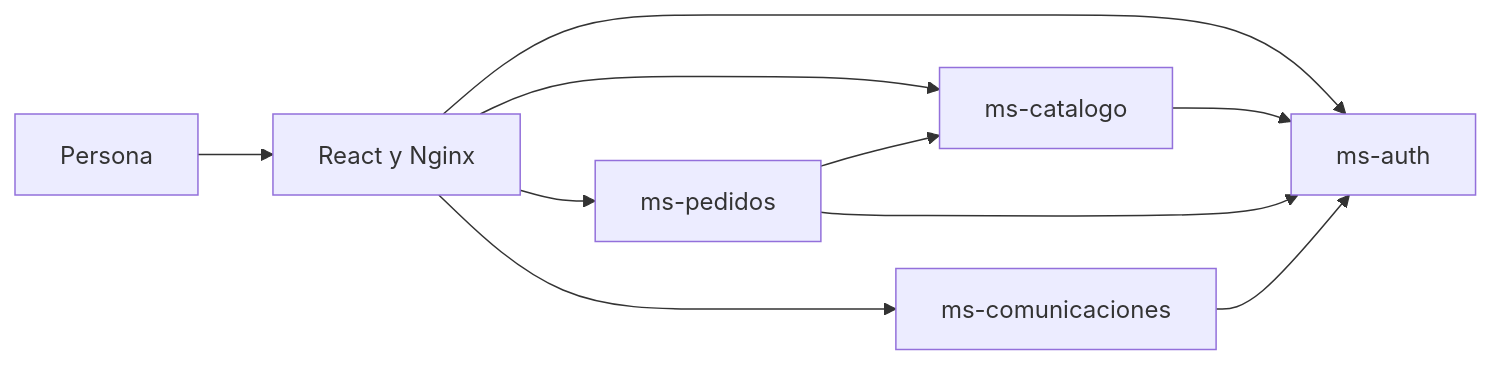
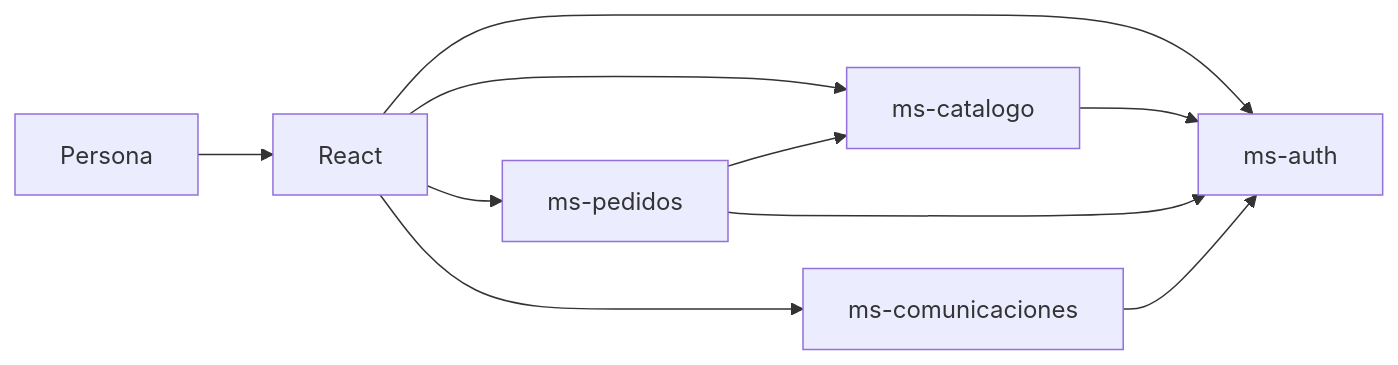
One commit to pablophdev/ja-joyeria changed the diagram in README.md. Above: the diagram before and after it, drawn with Mermaid. The commit also changed other lines of this file and 5 other files, not shown here.

````diff
--- a/README.md
+++ b/README.md
@@ -9,12 +9,12 @@
 ```mermaid
 flowchart LR
-    Persona --> Web[React y Nginx]
+    Persona --> Web[React]
     Web --> Auth[ms-auth]
     Web --> Catalogo[ms-catalogo]
     Web --> Pedidos[ms-pedidos]
     Web --> Comunicaciones[ms-comunicaciones]
     Pedidos --> Catalogo
     Catalogo --> Auth
     Pedidos --> Auth
     Comunicaciones --> Auth
 ```
````
